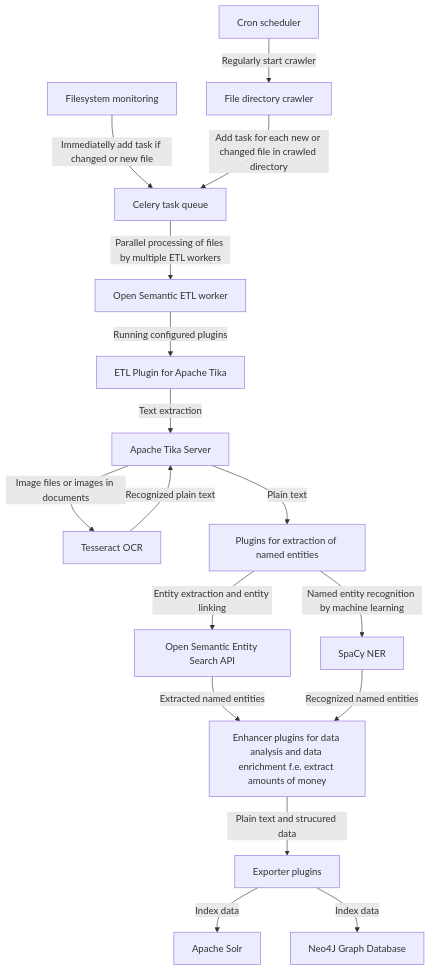
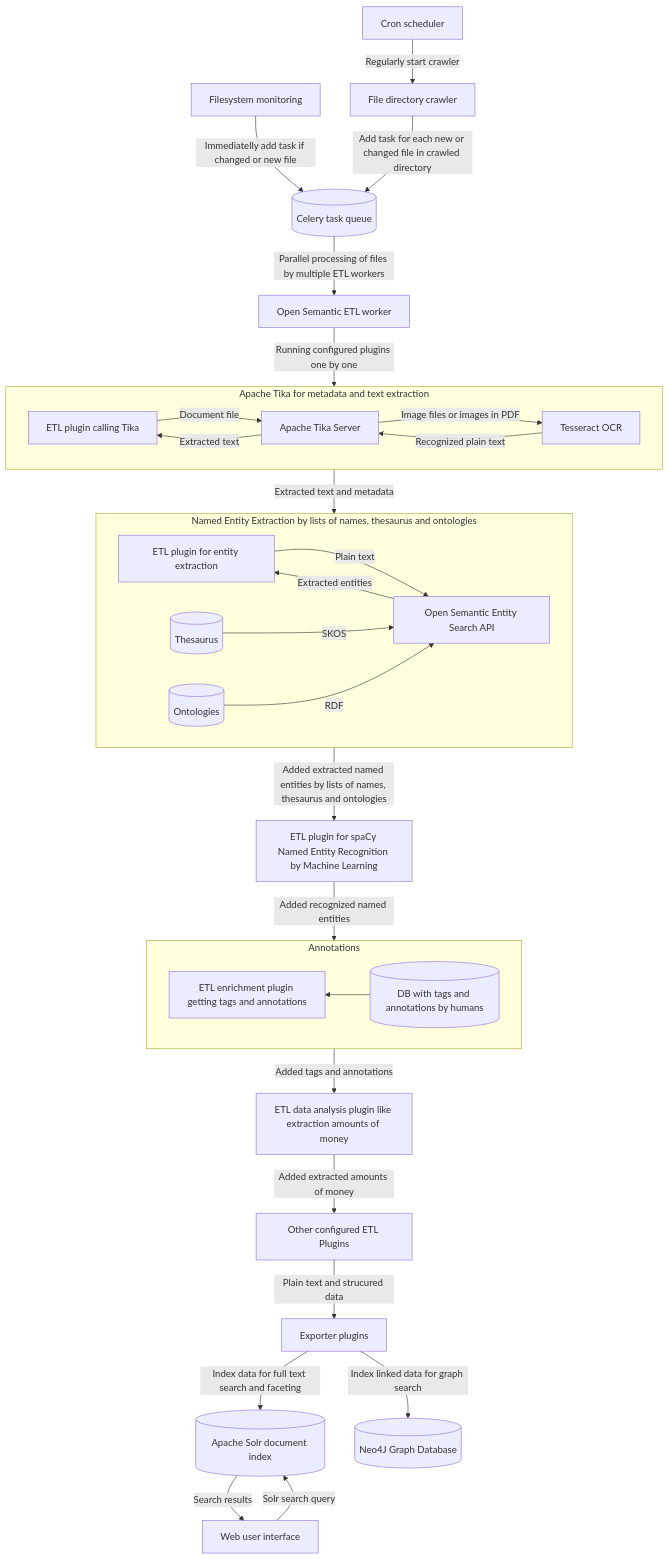
Before and after one commit to opensemanticsearch/open-semantic-search: the diagram in docs/doc/modules/README.md, drawn with Mermaid. The commit also changed other lines of this file, not shown here.

Commit message:
Extend flowchart in architecture documentation

````diff
--- a/docs/doc/modules/README.md
+++ b/docs/doc/modules/README.md
@@ -15,34 +15,86 @@
 ```mermaid
 
-flowchart
+flowchart TD
+
 FILEMONITORING[Filesystem monitoring]
 FILEMONITORING-->|Immediatelly add task if changed or new file| TASK_QUEUE
+
 SCHEDULER[Cron scheduler]
 SCHEDULER -->|Regularly start crawler| FILECRAWLER
+
 FILECRAWLER[File directory crawler]
 FILECRAWLER -->|Add task for each new or changed file in crawled directory| TASK_QUEUE
-TASK_QUEUE[Celery task queue]
+
+TASK_QUEUE[(Celery task queue)]
 TASK_QUEUE-->|Parallel processing of files by multiple ETL workers| ETL_WORKER
+
 ETL_WORKER[Open Semantic ETL worker]
-ETL_WORKER -->|Running configured plugins| TIKA_PLUGIN
-TIKA_PLUGIN[ETL Plugin for Apache Tika] -->|Text extraction| TIKA
-TIKA[Apache Tika Server]
-TIKA-->|Image files or images in documents|OCR
-OCR[Tesseract OCR]
-OCR-->|Recognized plain text| TIKA
-TIKA -->|Plain text| EPLUGINS
-EPLUGINS[Plugins for extraction of named entities]
-EPLUGINS -->|Entity extraction and entity linking| EL
-EPLUGINS -->|Named entity recognition by machine learning| NER
-EL[Open Semantic Entity Search API]
-EL -->|Extracted named entities| OTHER_PLUGINS
-NER[SpaCy NER]
-NER -->|Recognized named entities| OTHER_PLUGINS
-OTHER_PLUGINS[Enhancer plugins for data analysis and data enrichment f.e. extract amounts of money]
+ETL_WORKER -->|Running configured plugins one by one| TIKA
+
+subgraph TIKA [Apache Tika for metadata and text extraction]
+  direction LR
+
+  TIKA_PLUGIN[ETL plugin calling Tika]
+  TIKA_PLUGIN -->|Document file| TIKA_SERVER
+
+  TIKA_SERVER[Apache Tika Server]
+  TIKA_SERVER -->|Image files or images in PDF|OCR
+  TIKA_SERVER -->|Extracted text| TIKA_PLUGIN
+  
+  OCR[Tesseract OCR]
+  OCR-->|Recognized plain text| TIKA_SERVER
+
+end
+
+TIKA -->|Extracted text and metadata| EntitySearchAPI
+
+
+subgraph EntitySearchAPI [Named Entity Extraction by lists of names, thesaurus and ontologies]
+  direction LR
+  
+  EL_PLUGIN[ETL plugin for entity extraction]
+  EL_PLUGIN -->|Plain text| EL
+  
+  EL[Open Semantic Entity Search API]
+  EL -->|Extracted entities| EL_PLUGIN
+
+  THESAURUS[(Thesaurus)]
+  THESAURUS -->|SKOS| EL
+  ONTOLOGIES[(Ontologies)]
+  ONTOLOGIES -->|RDF| EL
+end
+EntitySearchAPI -->|Added extracted named entities by lists of names, thesaurus and ontologies| NER
+
+NER[ETL plugin for spaCy Named Entity Recognition by Machine Learning]
+NER -->|Added recognized named entities| ANNOTATIONS
+
+subgraph ANNOTATIONS [Annotations]
+  direction RL
+
+  ANNOTATIONS_DB[(DB with tags and annotations by humans)]
+  ANNOTATIONS_DB --> ANNOTATIONS_PLUGIN
+
+  ANNOTATIONS_PLUGIN[ETL enrichment plugin getting tags and annotations]
+end
+ANNOTATIONS -->|Added tags and annotations| ANALYSIS_PLUGIN
+
+ANALYSIS_PLUGIN[ETL data analysis plugin like extraction amounts of money]
+ANALYSIS_PLUGIN -->|Added extracted amounts of money| OTHER_PLUGINS
+
+OTHER_PLUGINS[Other configured ETL Plugins]
 OTHER_PLUGINS -->|Plain text and strucured data| EXPORTER
+
 EXPORTER[Exporter plugins]
-EXPORTER -->|Index data| SOLR
-EXPORTER -->|Index data| NEO4J
-SOLR[Apache Solr]
-NEO4J[Neo4J Graph Database]
+EXPORTER -->|Index data for full text search and faceting| SOLR
+EXPORTER -->|Index linked data for graph search| NEO4J
+
+NEO4J[(Neo4J Graph Database)]
+
+SOLR[(Apache Solr document index)]
+SOLR -->|Search results| UI
+UI[Web user interface]
+UI -->|Solr search query| SOLR
+
+
+
 ```
````
